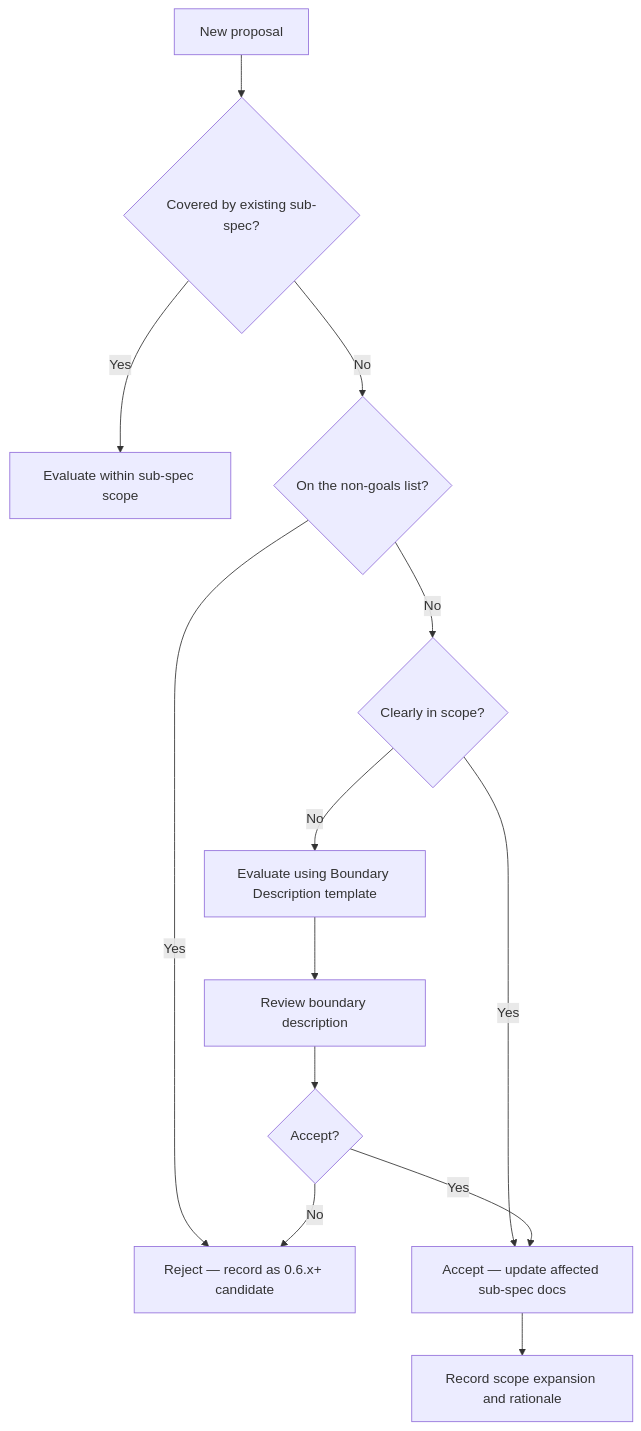
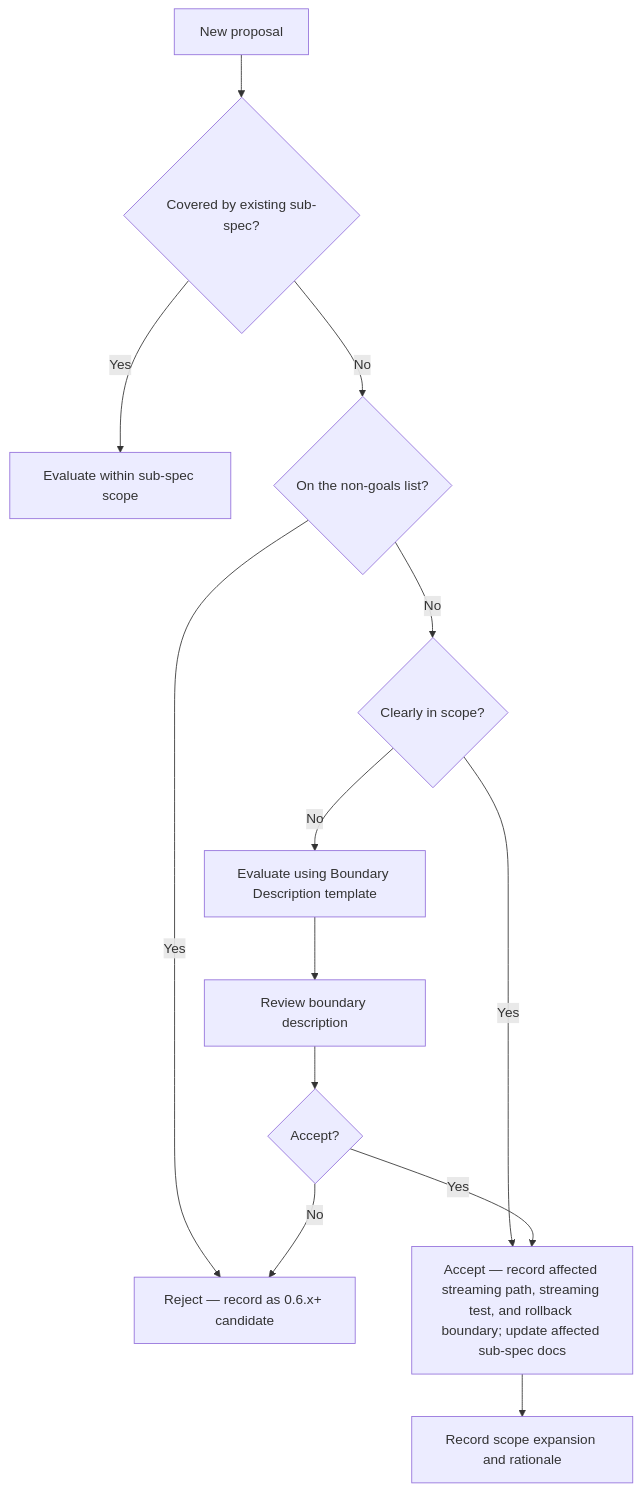
One commit to cnkang/nginx-markdown-for-agents changed the diagram in docs/project/release-gates/scope-creep-evaluation-0-5-0.md. Above: the diagram before and after it, drawn with Mermaid. The commit also changed other lines of this file and 46 other files, not shown here.

````diff
--- a/docs/project/release-gates/scope-creep-evaluation-0-5-0.md
+++ b/docs/project/release-gates/scope-creep-evaluation-0-5-0.md
@@ -19,15 +19,15 @@
 ```mermaid
 flowchart TD
     A["New proposal"] --> B{"Covered by existing sub-spec?"}
     B -->|Yes| C["Evaluate within sub-spec scope"]
     B -->|No| D{"On the non-goals list?"}
     D -->|Yes| E["Reject — record as 0.6.x+ candidate"]
     D -->|No| F{"Clearly in scope?"}
-    F -->|Yes| G["Accept — update affected sub-spec docs"]
+    F -->|Yes| G["Accept — record affected streaming path, streaming test, and rollback boundary; update affected sub-spec docs"]
     F -->|No| H["Evaluate using Boundary Description template"]
     H --> I["Review boundary description"]
     I --> J{"Accept?"}
     J -->|Yes| G
     J -->|No| E
     G --> K["Record scope expansion and rationale"]
 ```
````
